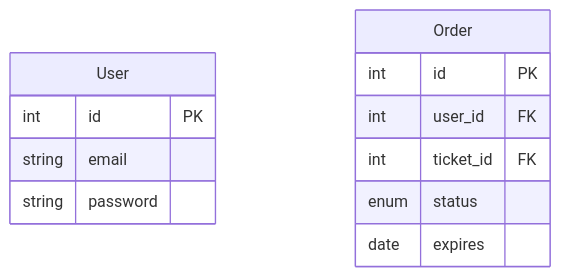
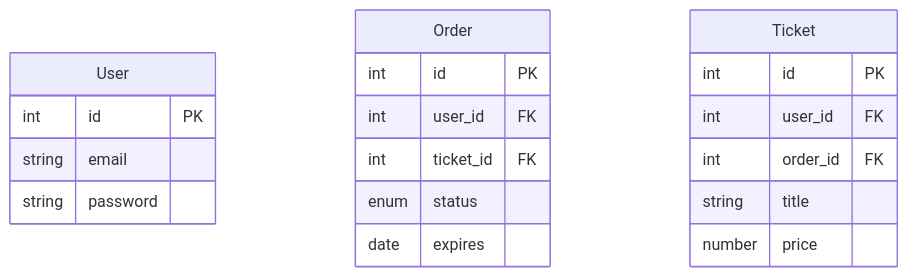
The diagram in ticketing/README.md (albin-joseph/nodejs-micro-service), drawn with Mermaid before and after one commit.

Commit message:
add ticketing app erdiagram

````diff
--- a/ticketing/README.md
+++ b/ticketing/README.md
@@ -24,16 +24,24 @@
 ``` mermaid
         erDiagram
             User {
                 int id PK
                 string email
                 string password
             }
 
             Order {
                 int id PK
                 int user_id FK
                 int ticket_id FK
                 enum status
                 date expires
             }
+
+            Ticket {
+                int id PK
+                int user_id FK
+                int order_id FK
+                string title
+                number price
+            }
 ```
````
